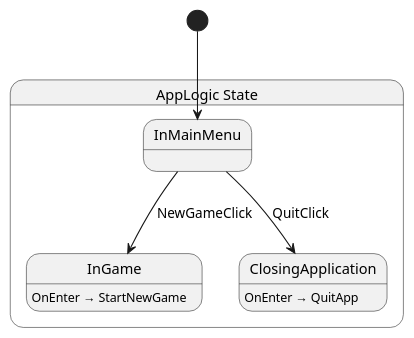
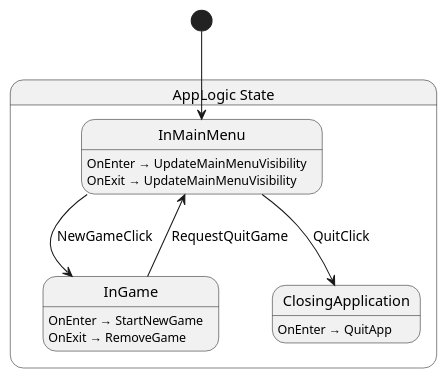
The diagram in src/app/App.g.puml (nilsiker/Eggsploration), drawn with PlantUML before and after one commit. The commit also changed 2 other files, not shown here.

```diff
--- a/src/app/App.g.puml
+++ b/src/app/App.g.puml
@@ -1,15 +1,19 @@
 @startuml AppLogic
 state "AppLogic State" as Eggsploration_AppLogic_State {
   state "InMainMenu" as Eggsploration_AppLogic_State_InMainMenu
   state "InGame" as Eggsploration_AppLogic_State_InGame
   state "ClosingApplication" as Eggsploration_AppLogic_State_ClosingApplication
 }
 
+Eggsploration_AppLogic_State_InGame --> Eggsploration_AppLogic_State_InMainMenu : RequestQuitGame
 Eggsploration_AppLogic_State_InMainMenu --> Eggsploration_AppLogic_State_ClosingApplication : QuitClick
 Eggsploration_AppLogic_State_InMainMenu --> Eggsploration_AppLogic_State_InGame : NewGameClick
 
 Eggsploration_AppLogic_State_ClosingApplication : OnEnter → QuitApp
 Eggsploration_AppLogic_State_InGame : OnEnter → StartNewGame
+Eggsploration_AppLogic_State_InGame : OnExit → RemoveGame
+Eggsploration_AppLogic_State_InMainMenu : OnEnter → UpdateMainMenuVisibility
+Eggsploration_AppLogic_State_InMainMenu : OnExit → UpdateMainMenuVisibility
 
 [*] --> Eggsploration_AppLogic_State_InMainMenu
 @enduml
```
